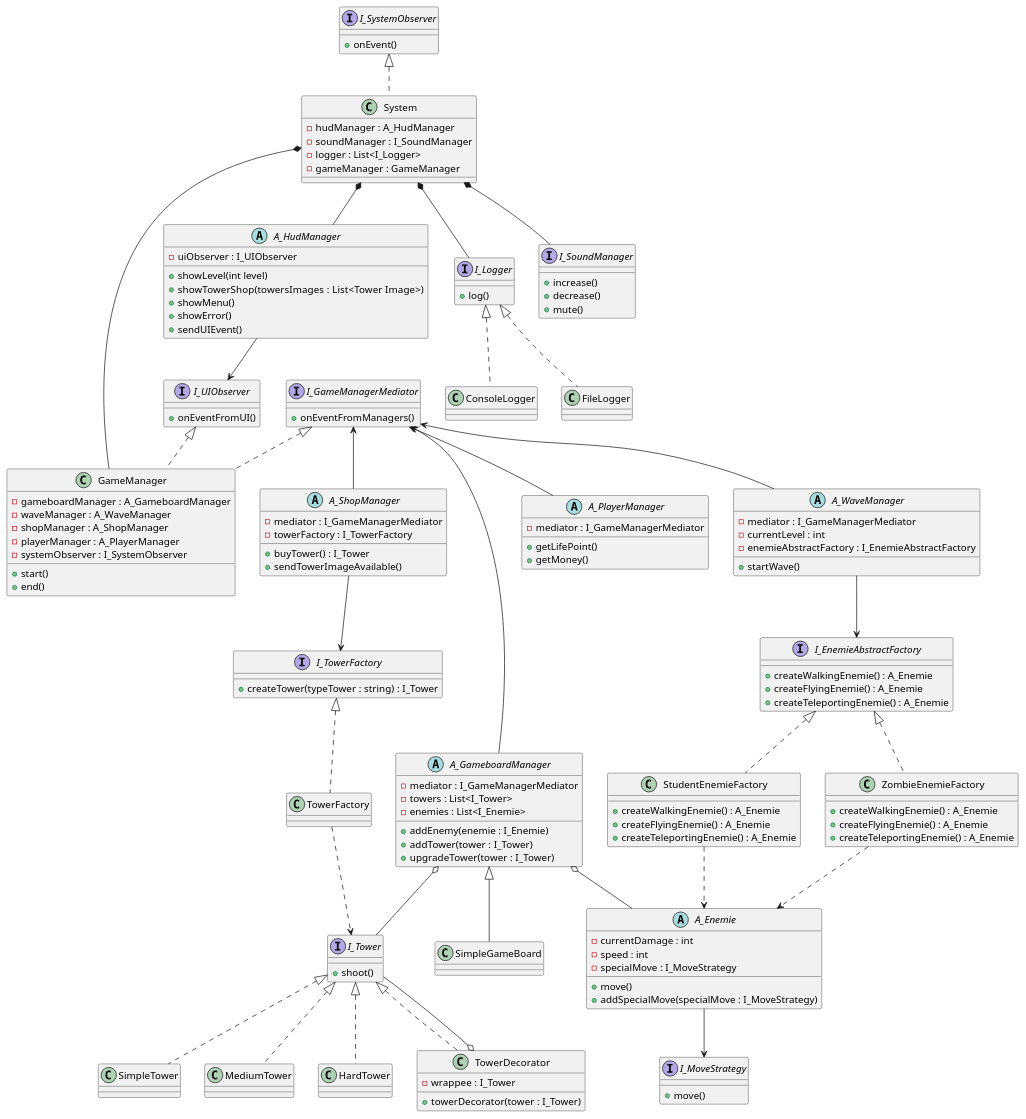
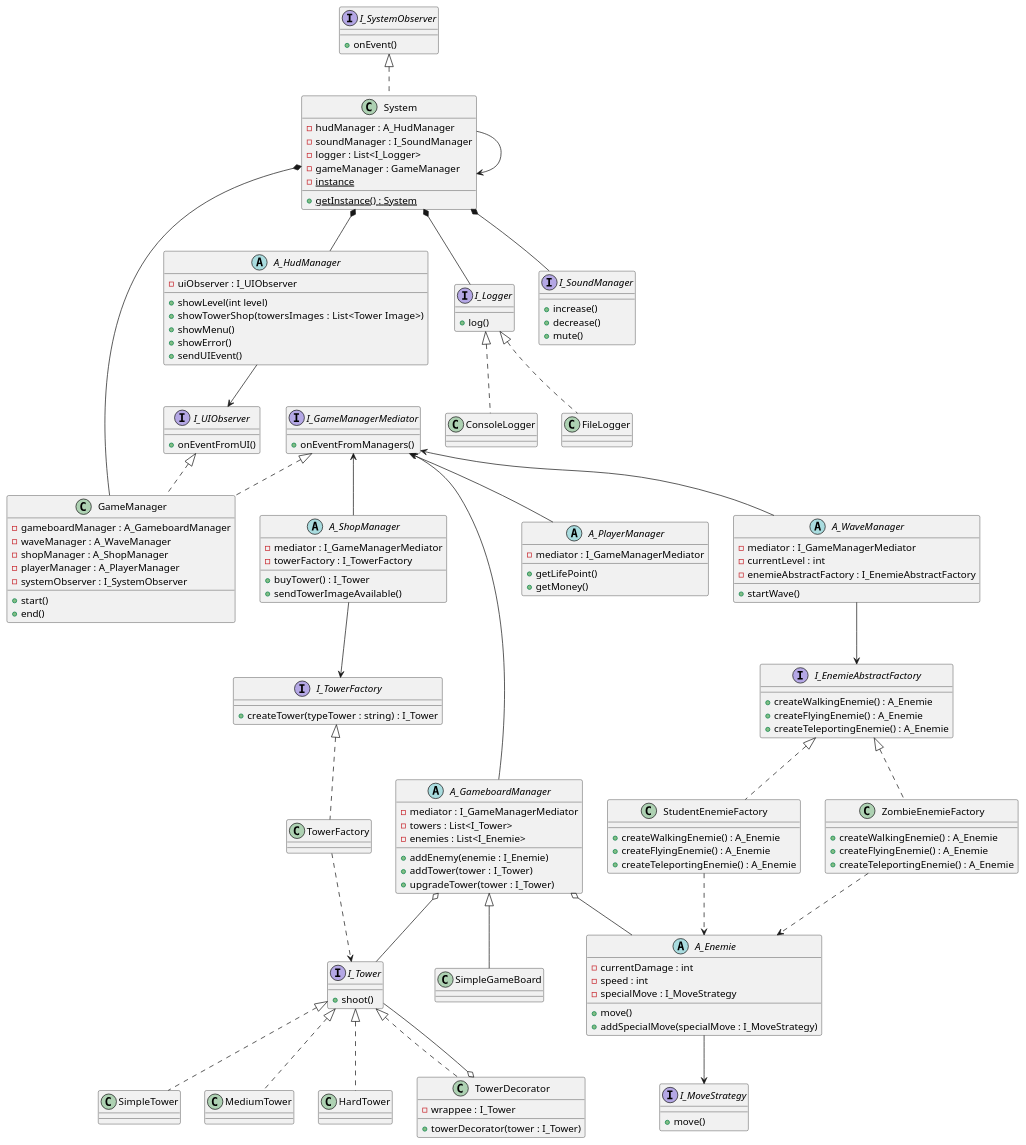
The diagram in uml.plantuml (bobylatruffe/tower_defense), drawn with PlantUML before and after one commit. The commit also changed 1 other file, not shown here.

Commit message:
refactor(I_SystemObserver, uml): modification de l'interface et mise à jour du diagramme UML

```diff
--- a/uml.plantuml
+++ b/uml.plantuml
@@ -19,7 +19,12 @@
     - soundManager : I_SoundManager
     - logger : List<I_Logger>
     - gameManager : GameManager
+    - {static} instance
+
+    + {static} getInstance() : System
 }
+
+System --> System
 
 interface I_Logger {
     + log()
```
